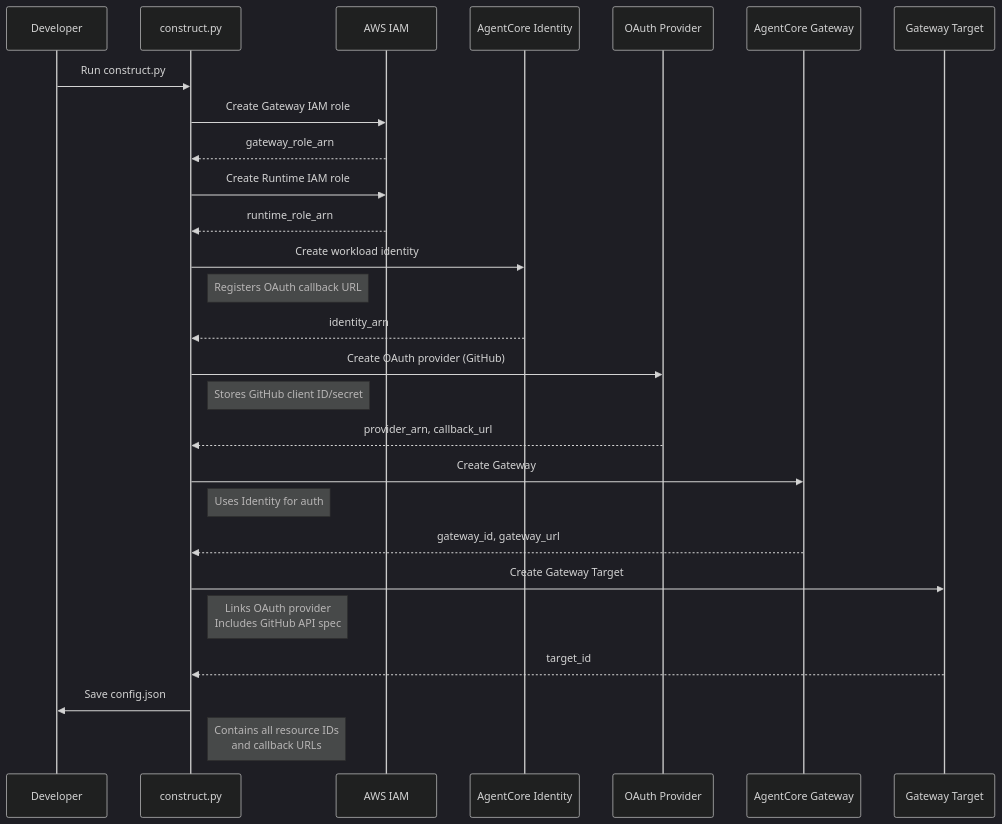
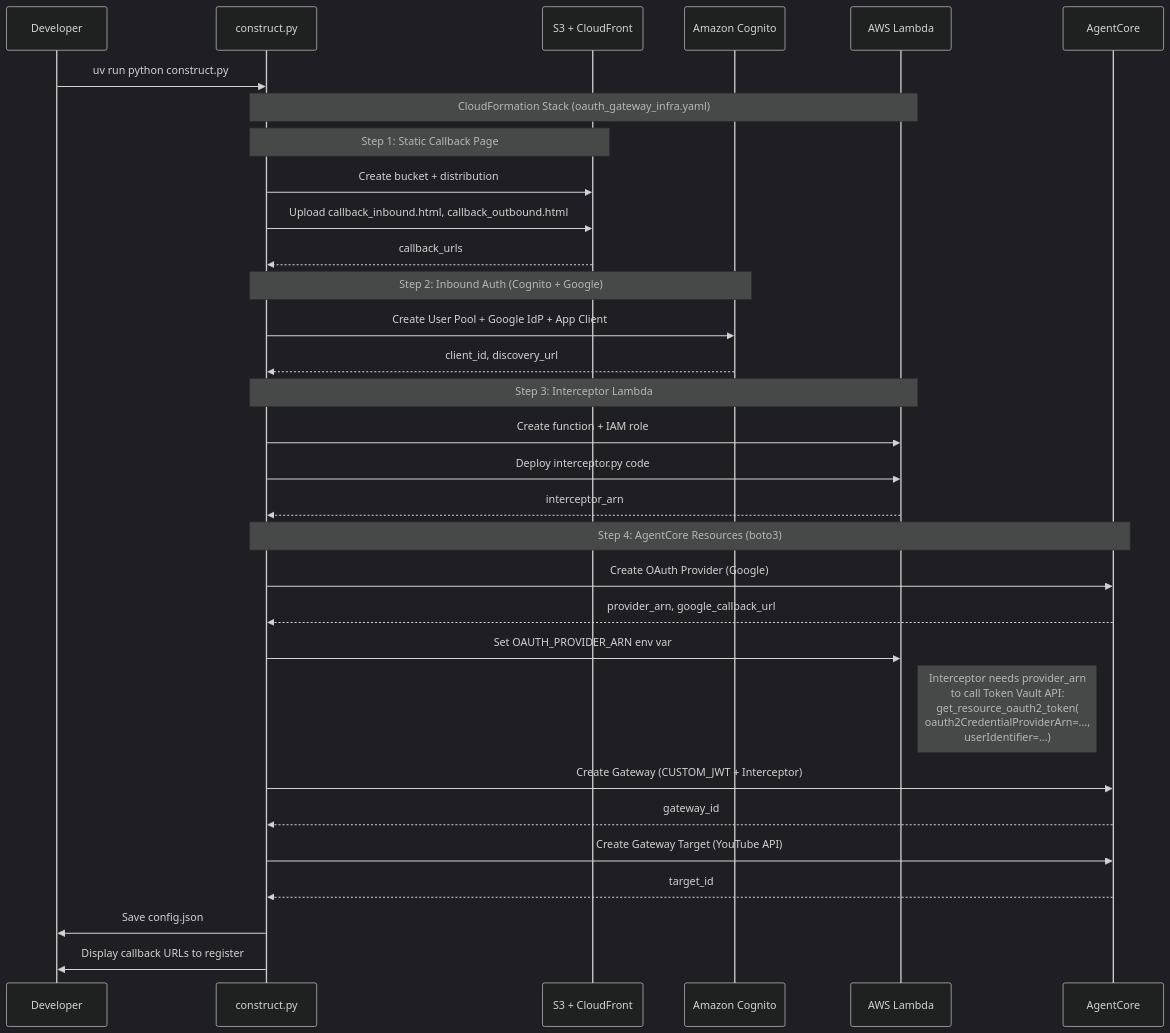
Before and after one commit to icoxfog417/agentcore-in-action: the third of 3 diagrams in mcp-server-with-oauth-gateway/README.md, drawn with Mermaid (dark theme). The commit also changed other lines of this file and 15 other files, not shown here.

````diff
--- a/mcp-server-with-oauth-gateway/README.md
+++ b/mcp-server-with-oauth-gateway/README.md
@@ -158,37 +129,40 @@
 ```mermaid
 sequenceDiagram
     participant Dev as Developer
     participant Script as construct.py
-    participant IAM as AWS IAM
-    participant Identity as AgentCore Identity
-    participant Provider as OAuth Provider
-    participant Gateway as AgentCore Gateway
-    participant Target as Gateway Target
+    participant S3 as S3 + CloudFront
+    participant Cognito as Amazon Cognito
+    participant Lambda as AWS Lambda
+    participant AC as AgentCore
 
-    Dev->>Script: Run construct.py
+    Dev->>Script: uv run python construct.py
 
-    Script->>IAM: Create Gateway IAM role
-    IAM-->>Script: gateway_role_arn
+    Note over Script,Lambda: CloudFormation Stack (oauth_gateway_infra.yaml)
+    
+    Note over Script,S3: Step 1: Static Callback Page
+    Script->>S3: Create bucket + distribution
+    Script->>S3: Upload callback_inbound.html, callback_outbound.html
+    S3-->>Script: callback_urls
 
-    Script->>IAM: Create Runtime IAM role
-    IAM-->>Script: runtime_role_arn
+    Note over Script,Cognito: Step 2: Inbound Auth (Cognito + Google)
+    Script->>Cognito: Create User Pool + Google IdP + App Client
+    Cognito-->>Script: client_id, discovery_url
 
-    Script->>Identity: Create workload identity
-    Note right of Script: Registers OAuth callback URL
-    Identity-->>Script: identity_arn
+    Note over Script,Lambda: Step 3: Interceptor Lambda
+    Script->>Lambda: Create function + IAM role
+    Script->>Lambda: Deploy interceptor.py code
+    Lambda-->>Script: interceptor_arn
 
-    Script->>Provider: Create OAuth provider (GitHub)
-    Note right of Script: Stores GitHub client ID/secret
-    Provider-->>Script: provider_arn, callback_url
-
-    Script->>Gateway: Create Gateway
-    Note right of Script: Uses Identity for auth
-    Gateway-->>Script: gateway_id, gateway_url
-
-    Script->>Target: Create Gateway Target
-    Note right of Script: Links OAuth provider<br/>Includes GitHub API spec
-    Target-->>Script: target_id
+    Note over Script,AC: Step 4: AgentCore Resources (boto3)
+    Script->>AC: Create OAuth Provider (Google)
+    AC-->>Script: provider_arn, google_callback_url
+    Script->>Lambda: Set OAUTH_PROVIDER_ARN env var
+    Note right of Lambda: Interceptor needs provider_arn<br/>to call Token Vault API:<br/>get_resource_oauth2_token(<br/>  oauth2CredentialProviderArn=...,<br/>  userIdentifier=...)
+    Script->>AC: Create Gateway (CUSTOM_JWT + Interceptor)
+    AC-->>Script: gateway_id
+    Script->>AC: Create Gateway Target (YouTube API)
+    AC-->>Script: target_id
 
     Script->>Dev: Save config.json
-    Note right of Script: Contains all resource IDs<br/>and callback URLs
+    Script->>Dev: Display callback URLs to register
 ```
````
